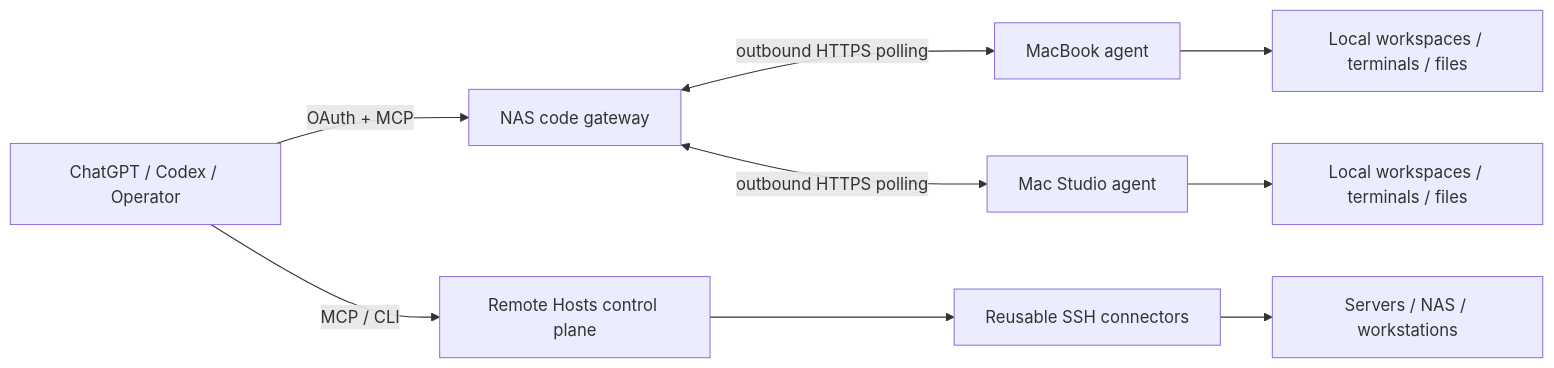
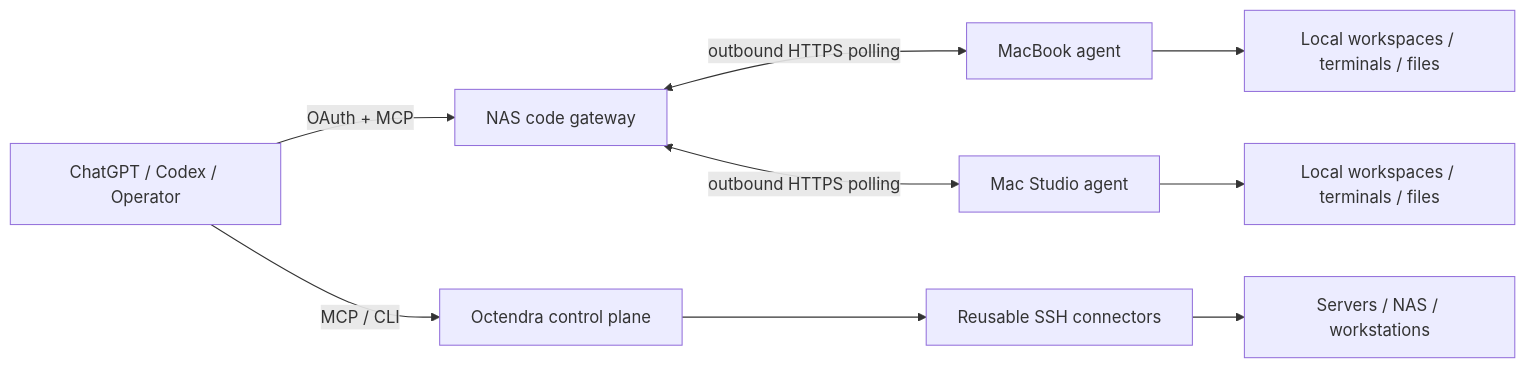
The diagram in README_EN.md (KingBright/octendra), drawn with Mermaid before and after one commit. The commit also changed other lines of this file and 522 other files, not shown here.

````diff
--- a/README_EN.md
+++ b/README_EN.md
@@ -49,12 +49,12 @@
 ```mermaid
 flowchart LR
   U[ChatGPT / Codex / Operator] -->|OAuth + MCP| G[NAS code gateway]
   G <-->|outbound HTTPS polling| M1[MacBook agent]
   G <-->|outbound HTTPS polling| M2[Mac Studio agent]
   M1 --> F1[Local workspaces / terminals / files]
   M2 --> F2[Local workspaces / terminals / files]
 
-  U -->|MCP / CLI| C[Remote Hosts control plane]
+  U -->|MCP / CLI| C[Octendra control plane]
   C --> X[Reusable SSH connectors]
   X --> H[Servers / NAS / workstations]
 ```
````
